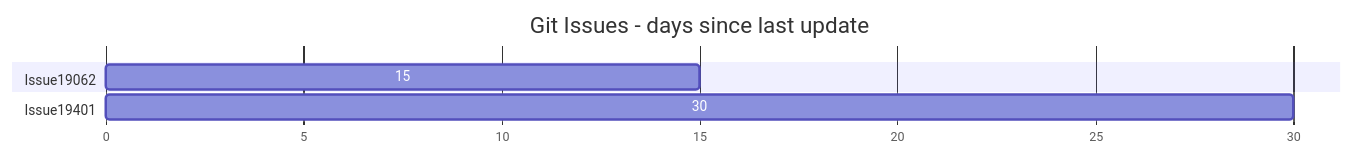
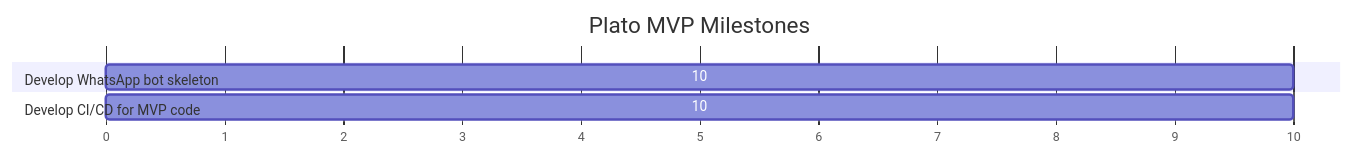
The fourth of 4 diagrams in docs/design.md (dimastatz/plato), drawn with Mermaid before and after one commit.

Commit message:
add chatbot milestones

````diff
--- a/docs/design.md
+++ b/docs/design.md
@@ -155,11 +155,11 @@
 ```mermaid
 gantt
-    title Git Issues - days since last update
+    title Plato MVP Milestones
     dateFormat  X
     axisFormat %s
 
-    section Issue19062
-    15   : 0, 15
-    section Issue19401
-    30   : 10, 30
+    section Develop WhatsApp bot skeleton
+    10   : 0, 10
+    section Develop CI/CD for MVP code
+    10   : 0, 10
 ```
````
